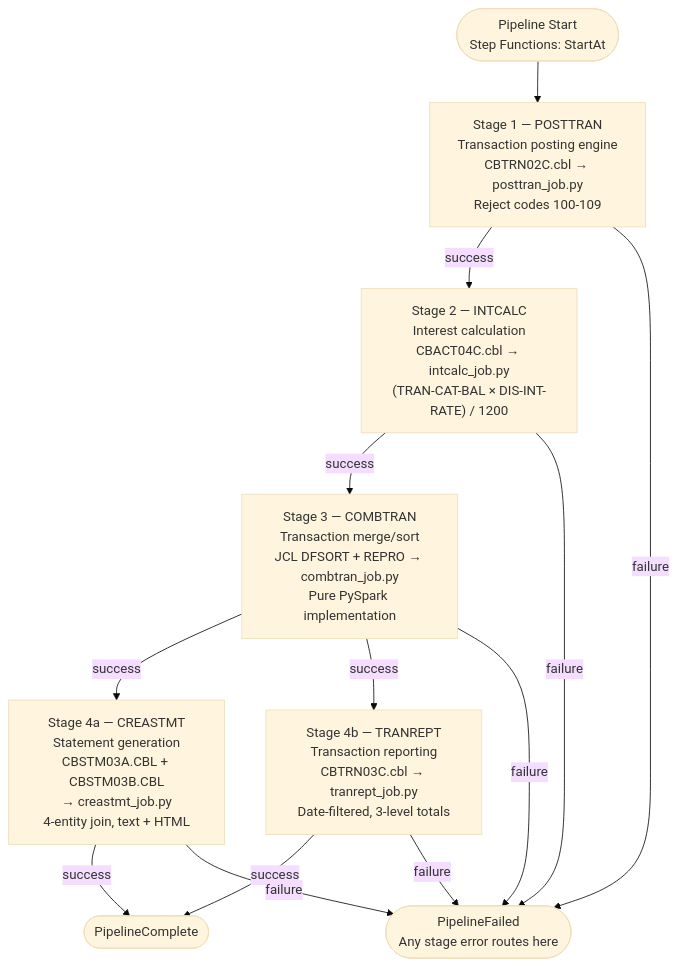
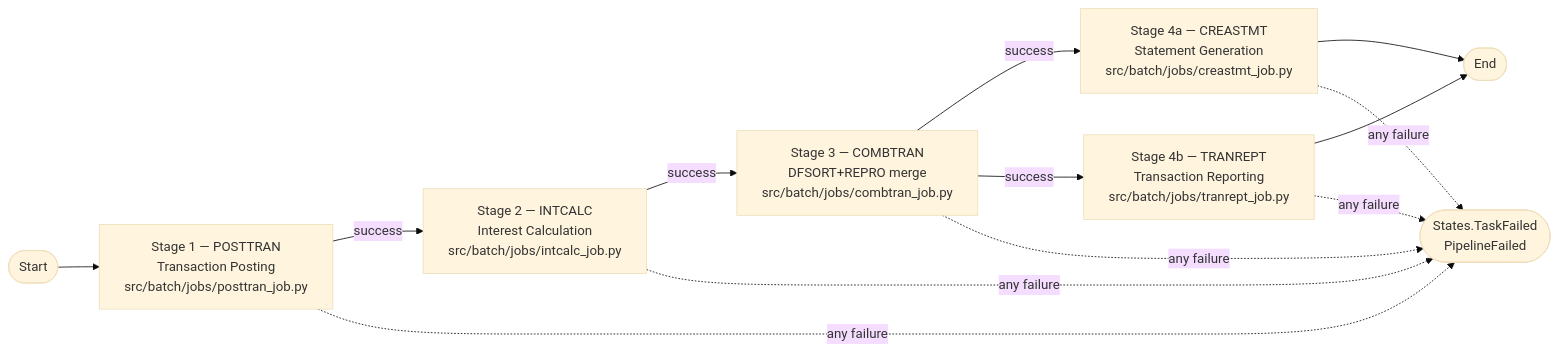
Before and after one commit to Blitzy-Sandbox/blitzy-card-demo: the second of 4 diagrams in docs/architecture.md, drawn with Mermaid (base theme). The commit also changed other lines of this file and 9 other files, not shown here.

````diff
--- a/docs/architecture.md
+++ b/docs/architecture.md
@@ -228,24 +264,24 @@
 ```mermaid
-flowchart TD
-    Start(["Pipeline Start<br/>Step Functions: StartAt"])
-    S1["Stage 1 — POSTTRAN<br/>Transaction posting engine<br/>CBTRN02C.cbl → posttran_job.py<br/>Reject codes 100-109"]
-    S2["Stage 2 — INTCALC<br/>Interest calculation<br/>CBACT04C.cbl → intcalc_job.py<br/>(TRAN-CAT-BAL × DIS-INT-RATE) / 1200"]
-    S3["Stage 3 — COMBTRAN<br/>Transaction merge/sort<br/>JCL DFSORT + REPRO → combtran_job.py<br/>Pure PySpark implementation"]
-    S4a["Stage 4a — CREASTMT<br/>Statement generation<br/>CBSTM03A.CBL + CBSTM03B.CBL<br/>→ creastmt_job.py<br/>4-entity join, text + HTML"]
-    S4b["Stage 4b — TRANREPT<br/>Transaction reporting<br/>CBTRN03C.cbl → tranrept_job.py<br/>Date-filtered, 3-level totals"]
-    Done(["PipelineComplete"])
-    Fail(["PipelineFailed<br/>Any stage error routes here"])
+flowchart LR
+    Start([Start])
+    S1["Stage 1 — POSTTRAN<br/>Transaction Posting<br/>src/batch/jobs/posttran_job.py"]
+    S2["Stage 2 — INTCALC<br/>Interest Calculation<br/>src/batch/jobs/intcalc_job.py"]
+    S3["Stage 3 — COMBTRAN<br/>DFSORT+REPRO merge<br/>src/batch/jobs/combtran_job.py"]
+    S4a["Stage 4a — CREASTMT<br/>Statement Generation<br/>src/batch/jobs/creastmt_job.py"]
+    S4b["Stage 4b — TRANREPT<br/>Transaction Reporting<br/>src/batch/jobs/tranrept_job.py"]
+    End([End])
+    Fail(["States.TaskFailed<br/>PipelineFailed"])
 
     Start --> S1
     S1 -->|success| S2
     S2 -->|success| S3
     S3 -->|success| S4a
     S3 -->|success| S4b
-    S4a -->|success| Done
-    S4b -->|success| Done
-    S1 -->|failure| Fail
-    S2 -->|failure| Fail
-    S3 -->|failure| Fail
-    S4a -->|failure| Fail
-    S4b -->|failure| Fail
+    S4a --> End
+    S4b --> End
+    S1 -.->|any failure| Fail
+    S2 -.->|any failure| Fail
+    S3 -.->|any failure| Fail
+    S4a -.->|any failure| Fail
+    S4b -.->|any failure| Fail
 ```
````
